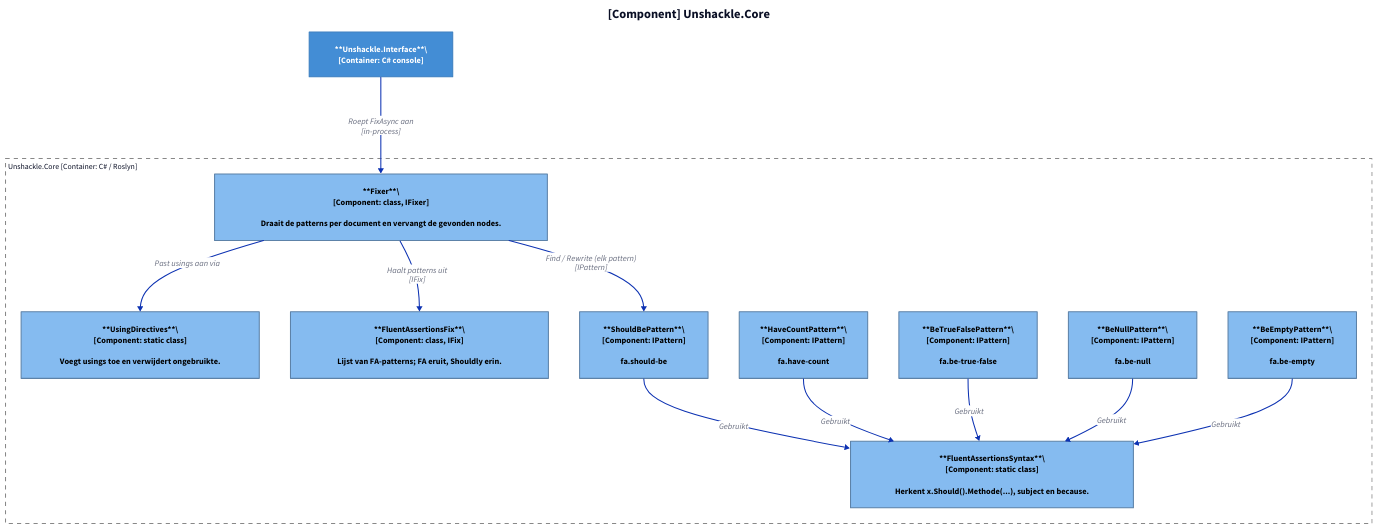
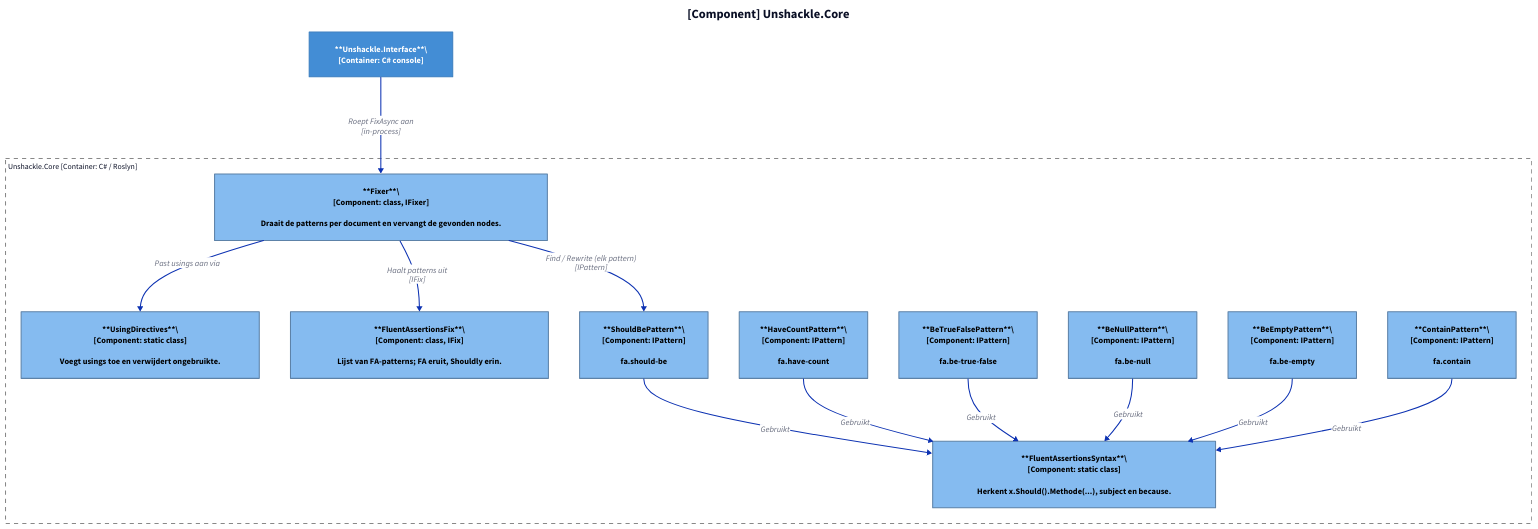
Before and after one commit to ATkingma/unshackle: the diagram in docs/projectinfo/img/README-3.d2, drawn with D2. The commit also changed 42 other files, not shown here.

First line of the commit message:
Add fa.contain pattern

```diff
--- a/docs/projectinfo/img/README-3.d2
+++ b/docs/projectinfo/img/README-3.d2
@@ -1,90 +1,97 @@
 classes: {
   person: {shape: c4-person; style: {fill: "#08427b"; stroke: "#073b6f"; font-color: "#ffffff"}}
   system: {shape: rectangle; style: {fill: "#1168bd"; stroke: "#0b4884"; font-color: "#ffffff"}}
   external: {shape: rectangle; style: {fill: "#999999"; stroke: "#6b6b6b"; font-color: "#ffffff"}}
   container: {shape: rectangle; style: {fill: "#438dd5"; stroke: "#3c7fc0"; font-color: "#ffffff"}}
   component: {shape: rectangle; style: {fill: "#85bbf0"; stroke: "#5d82a8"; font-color: "#000000"}}
   boundary: {label.near: top-left; style: {fill: transparent; stroke: "#888888"; stroke-dash: 4; font-size: 15}}
 }
 title: "[Component] Unshackle.Core" {shape: text; near: top-center; style: {font-size: 24; bold: true}}
 direction: down
 vars: {
   d2-legend: {
     c: Container {class: container}
     k: Component {class: component}
     bd: Container boundary {class: boundary}
     a: "" {style.opacity: 0}
     b: "" {style.opacity: 0}
     a -> b: Relationship
   }
 }
 core: "Unshackle.Core [Container: C# / Roslyn]" {
   class: boundary
   fixer: |md
     **Fixer**\
     [Component: class, IFixer]
 
     Draait de patterns per document en vervangt de gevonden nodes.
   | {class: component}
   usings: |md
     **UsingDirectives**\
     [Component: static class]
 
     Voegt usings toe en verwijdert ongebruikte.
   | {class: component}
   fafix: |md
     **FluentAssertionsFix**\
     [Component: class, IFix]
 
     Lijst van FA-patterns; FA eruit, Shouldly erin.
   | {class: component}
   syntax: |md
     **FluentAssertionsSyntax**\
     [Component: static class]
 
     Herkent x.Should().Methode(...), subject en because.
   | {class: component}
   p1: |md
     **ShouldBePattern**\
     [Component: IPattern]
 
     fa.should-be
   | {class: component}
   p2: |md
     **HaveCountPattern**\
     [Component: IPattern]
 
     fa.have-count
   | {class: component}
   p3: |md
     **BeTrueFalsePattern**\
     [Component: IPattern]
 
     fa.be-true-false
   | {class: component}
   p4: |md
     **BeNullPattern**\
     [Component: IPattern]
 
     fa.be-null
   | {class: component}
   p5: |md
     **BeEmptyPattern**\
     [Component: IPattern]
 
     fa.be-empty
   | {class: component}
+  p6: |md
+    **ContainPattern**\
+    [Component: IPattern]
+
+    fa.contain
+  | {class: component}
 }
 cli: |md
   **Unshackle.Interface**\
   [Container: C# console]
 | {class: container}
 cli -> core.fixer: "Roept FixAsync aan\n[in-process]"
 core.fixer -> core.fafix: "Haalt patterns uit\n[IFix]"
 core.fixer -> core.usings: "Past usings aan via"
 core.fixer -> core.p1: "Find / Rewrite (elk pattern)\n[IPattern]"
 core.p1 -> core.syntax: "Gebruikt"
 core.p2 -> core.syntax: "Gebruikt"
 core.p3 -> core.syntax: "Gebruikt"
 core.p4 -> core.syntax: "Gebruikt"
 core.p5 -> core.syntax: "Gebruikt"
+core.p6 -> core.syntax: "Gebruikt"
```
